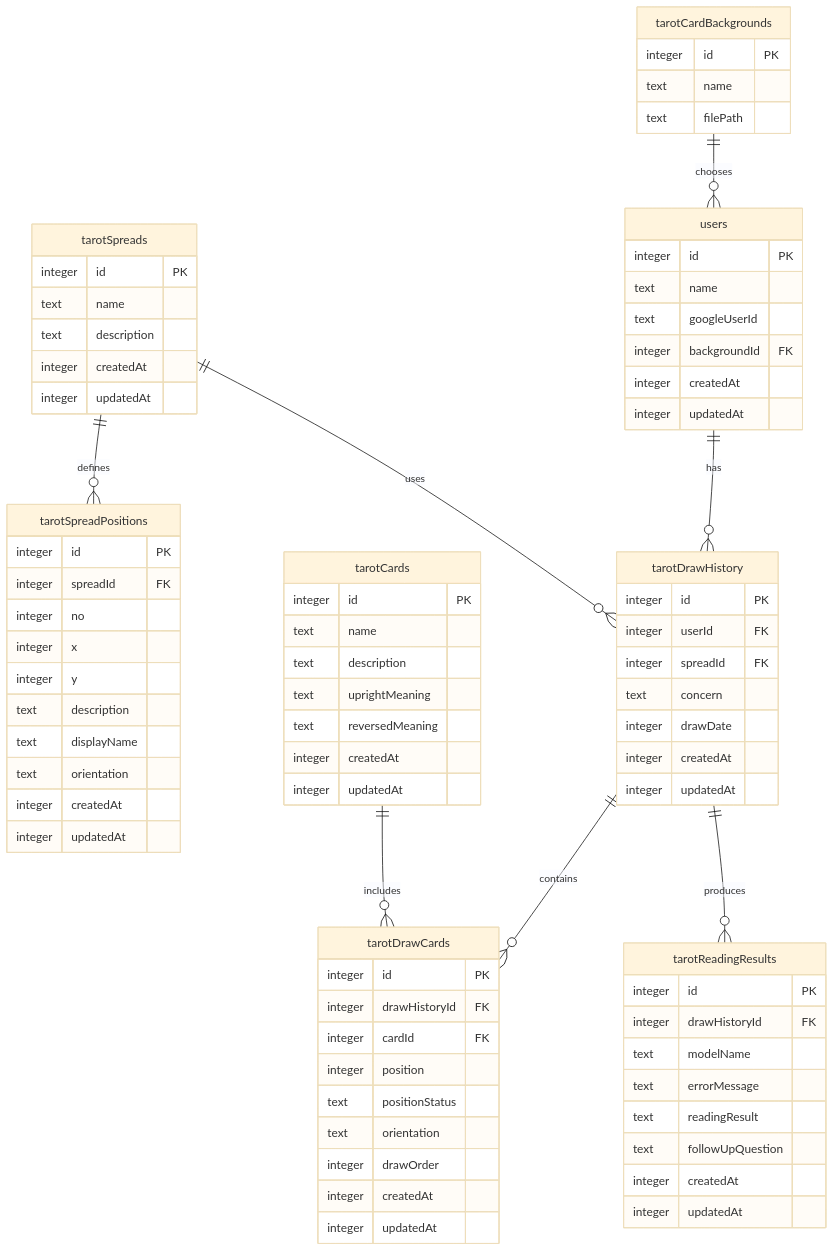
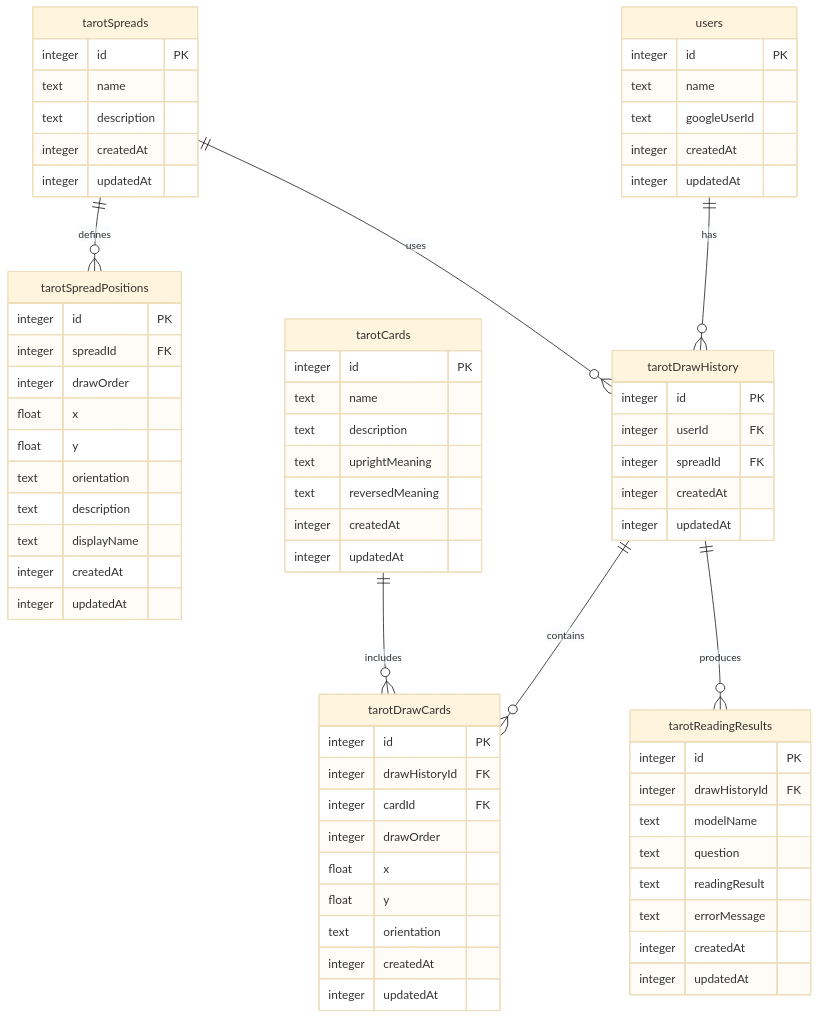
One commit to himanushi/ai-tarot changed the diagram in README.md. Above: the diagram before and after it, drawn with Mermaid (base theme).

Commit message:
READMEの修正内容反映

````diff
--- a/README.md
+++ b/README.md
@@ -4,7 +4,6 @@
         integer id PK
         text name
         text googleUserId
-        integer backgroundId FK
         integer createdAt
         integer updatedAt
     }
@@ -20,12 +19,12 @@
     tarotSpreadPositions {
         integer id PK
         integer spreadId FK
-        integer no
-        integer x
-        integer y
+        integer drawOrder
+        float x
+        float y
+        text orientation
         text description
         text displayName
-        text orientation
         integer createdAt
         integer updatedAt
     }
@@ -44,8 +43,6 @@
         integer id PK
         integer userId FK
         integer spreadId FK
-        text concern
-        integer drawDate
         integer createdAt
         integer updatedAt
     }
@@ -54,27 +51,21 @@
         integer id PK
         integer drawHistoryId FK
         integer cardId FK
-        integer position
-        text positionStatus
+        integer drawOrder
+        float x
+        float y
         text orientation
-        integer drawOrder
         integer createdAt
         integer updatedAt
-    }
-
-    tarotCardBackgrounds {
-        integer id PK
-        text name
-        text filePath
     }
 
     tarotReadingResults {
         integer id PK
         integer drawHistoryId FK
         text modelName
+        text question
+        text readingResult
         text errorMessage
-        text readingResult
-        text followUpQuestion
         integer createdAt
         integer updatedAt
     }
@@ -84,6 +75,5 @@
     tarotSpreads ||--o{ tarotSpreadPositions : "defines"
     tarotDrawHistory ||--o{ tarotDrawCards : "contains"
     tarotCards ||--o{ tarotDrawCards : "includes"
-    tarotCardBackgrounds ||--o{ users : "chooses"
     tarotDrawHistory ||--o{ tarotReadingResults : "produces"
 ```
````
